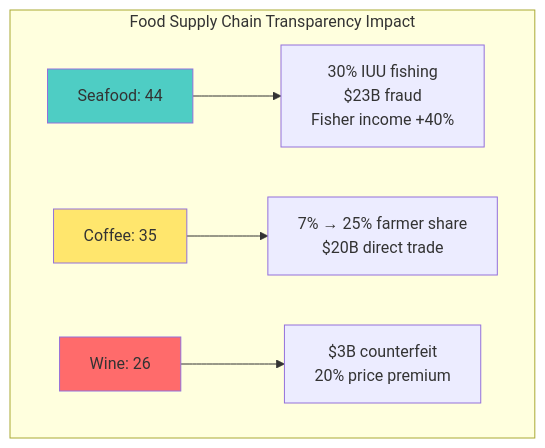
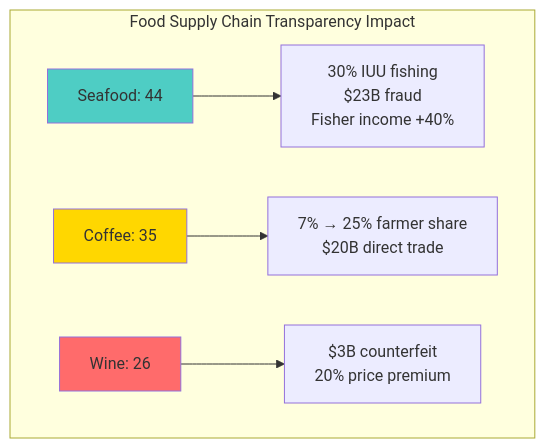
Before and after one commit to ljg-cqu/knowledge: diagram 16 of 22 in Industry/Blockchain/Blockchain/ValueChain/QA_ClaudeOpus.md, drawn with Mermaid. The commit also changed other lines of this file and 6 other files, not shown here.

````diff
--- a/Industry/Blockchain/Blockchain/ValueChain/QA_ClaudeOpus.md
+++ b/Industry/Blockchain/Blockchain/ValueChain/QA_ClaudeOpus.md
@@ -1552,12 +1552,12 @@
 ```mermaid
 graph TB
     subgraph Food Supply Chain Transparency Impact
     A[Seafood: 44] --> A1[30% IUU fishing<br/>$23B fraud<br/>Fisher income +40%]
     B[Coffee: 35] --> B1[7% → 25% farmer share<br/>$20B direct trade]
     C[Wine: 26] --> C1[$3B counterfeit<br/>20% price premium]
     end
     
     style A fill:#4ecdc4
-    style B fill:#ffe66d
+    style B fill:#FFD700
     style C fill:#ff6b6b
 ```
````
